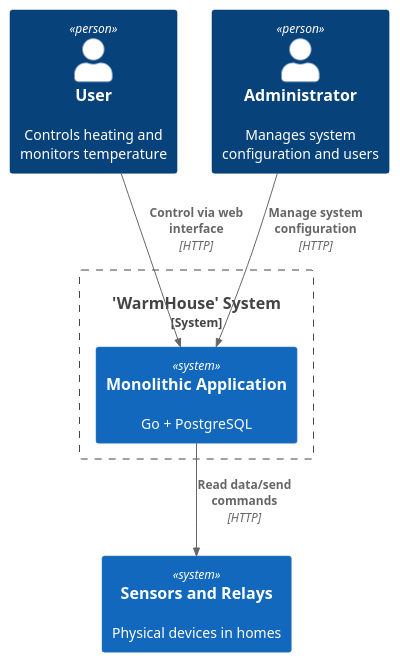
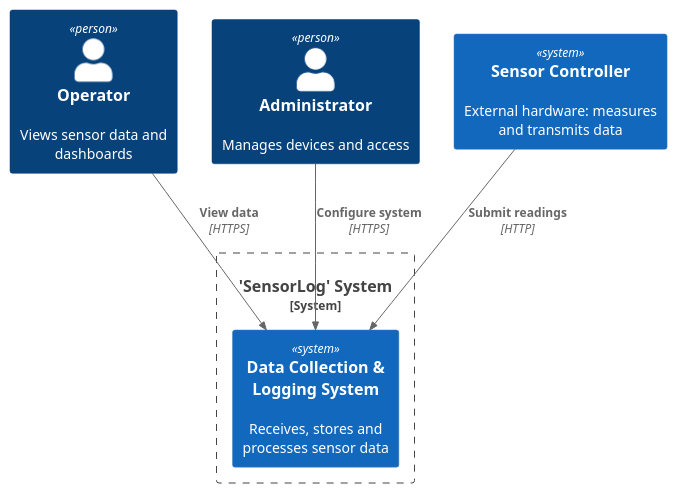
Before and after one commit to vasiliy1305/DataFlowEngine: the diagram in schemas/diagrams/context/Context.puml, drawn with PlantUML.

Commit message:
стек

```diff
--- a/schemas/diagrams/context/Context.puml
+++ b/schemas/diagrams/context/Context.puml
@@ -1,15 +1,17 @@
 @startuml
 !include https://raw.githubusercontent.com/plantuml-stdlib/C4-PlantUML/master/C4_Context.puml
 
-Person(user, "User", "Controls heating and monitors temperature")
-Person(admin, "Administrator", "Manages system configuration and users")
-System_Boundary(system, "'WarmHouse' System") {
-    System(monolith, "Monolithic Application", "Go + PostgreSQL")
+Person(operator, "Operator", "Views sensor data and dashboards")
+Person(admin, "Administrator", "Manages devices and access")
+
+System_Boundary(system, "'SensorLog' System") {
+    System(logging, "Data Collection & Logging System", "Receives, stores and processes sensor data")
 }
-System(sensor, "Sensors and Relays", "Physical devices in homes")
 
-Rel(user, monolith, "Control via web interface", "HTTP")
-Rel(admin, monolith, "Manage system configuration", "HTTP")
-Rel(monolith, sensor, "Read data/send commands", "HTTP")
+System(controller, "Sensor Controller", "External hardware: measures and transmits data")
 
+' Connections
+Rel(operator, logging, "View data", "HTTPS")
+Rel(admin, logging, "Configure system", "HTTPS")
+Rel(controller, logging, "Submit readings", "HTTP")
 @enduml
```
